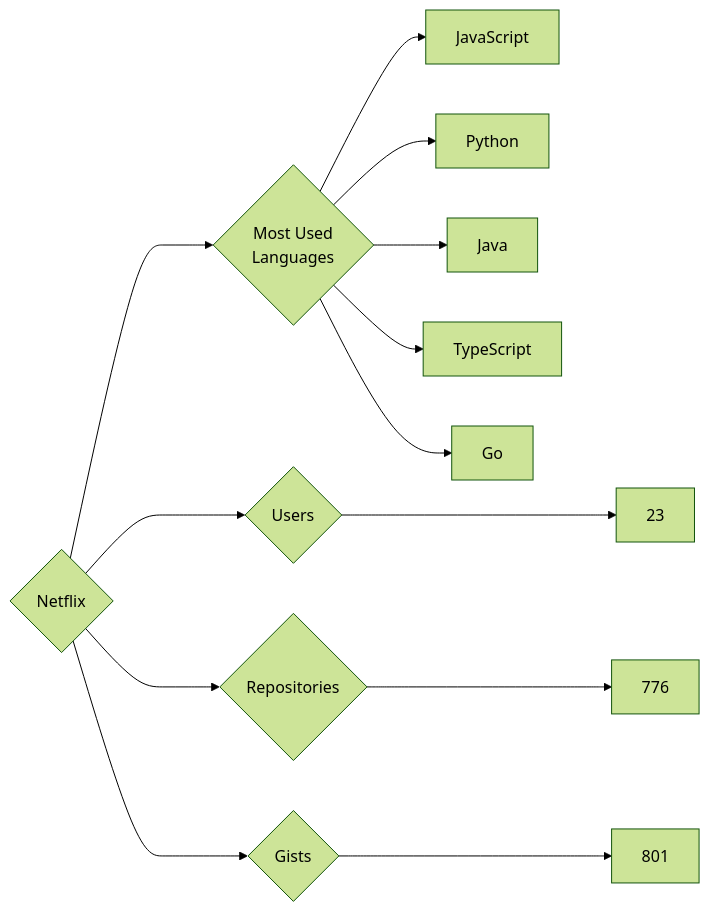
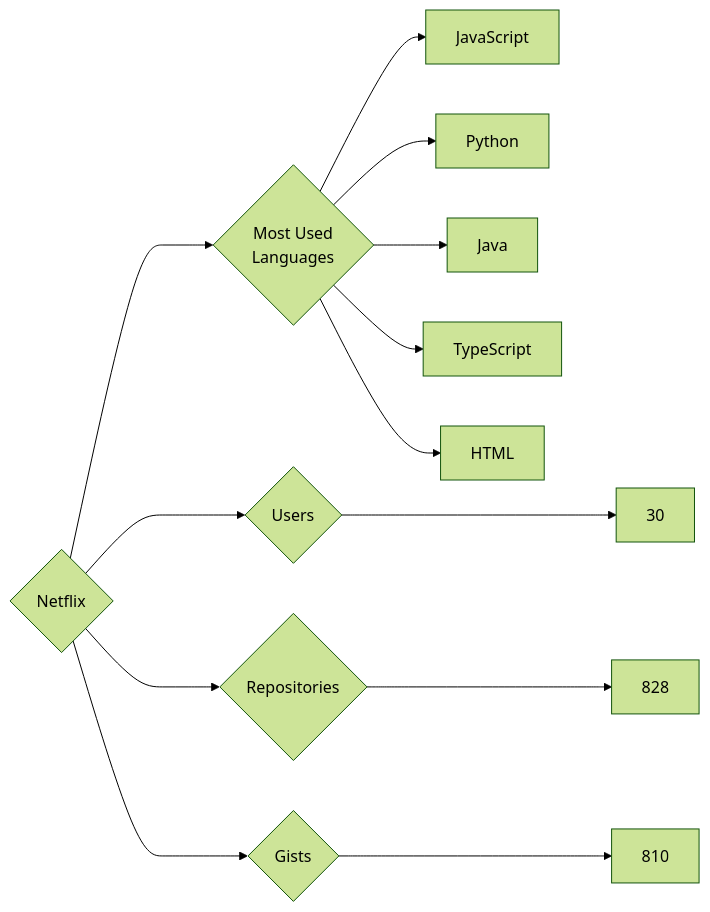
One commit to trickest/insiders changed the diagram in targets/Netflix/README.md. Above: the diagram before and after it, drawn with Mermaid (forest theme). The commit also changed 1696 other files, not shown here.

````diff
--- a/targets/Netflix/README.md
+++ b/targets/Netflix/README.md
@@ -3,13 +3,13 @@
 ```mermaid
 graph LR
 COMPANY_NAME{Netflix}
-COMPANY_NAME ---> U{Users} ---> UN[23]
-COMPANY_NAME ---> R{Repositories} ---> RN[776]
-COMPANY_NAME ---> G{Gists} ---> GN[801]
+COMPANY_NAME ---> U{Users} ---> UN[30]
+COMPANY_NAME ---> R{Repositories} ---> RN[828]
+COMPANY_NAME ---> G{Gists} ---> GN[810]
 COMPANY_NAME ---> ML{Most Used<br>Languages}
 ML --> JavaScript[JavaScript]
 ML --> Python[Python]
 ML --> Java[Java]
 ML --> TypeScript[TypeScript]
-ML --> Go[Go]
+ML --> HTML[HTML]
 ```
````
